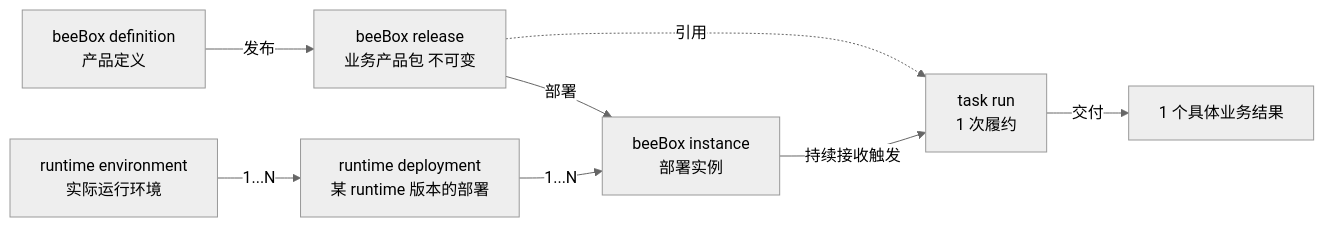
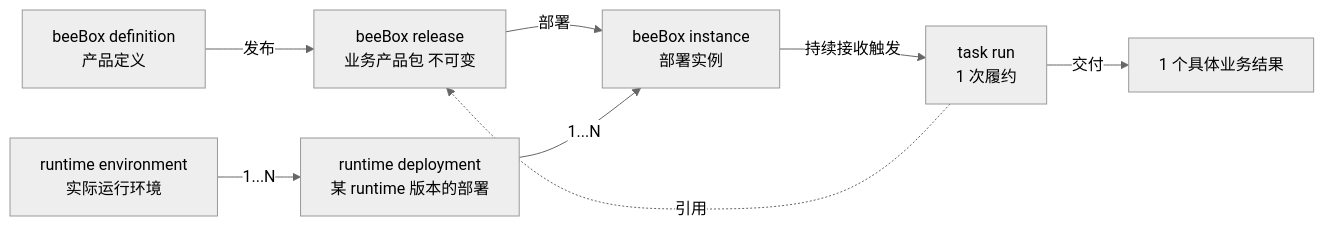
One commit to chehuizi/beeOS changed the first of 3 diagrams in docs/beebox-design.md. Above: the diagram before and after it, drawn with Mermaid (neutral theme).

Commit message:
docs: 总览图引用箭头反向（task run → release）

````diff
--- a/docs/beebox-design.md
+++ b/docs/beebox-design.md
@@ -66,18 +66,18 @@
 ```mermaid
 flowchart LR
   def["beeBox definition\n产品定义"]
   rel["beeBox release\n业务产品包 不可变"]
   ins["beeBox instance\n部署实例"]
   env["runtime environment\n实际运行环境"]
   dep["runtime deployment\n某 runtime 版本的部署"]
   run["task run\n1 次履约"]
   result["1 个具体业务结果"]
 
   def -->|发布| rel
   rel -->|部署| ins
   env -->|1...N| dep
   dep -->|1...N| ins
-  rel -.引用.-> run
+  run -.引用.-> rel
   ins -->|持续接收触发| run
   run -->|交付| result
 ```
````
